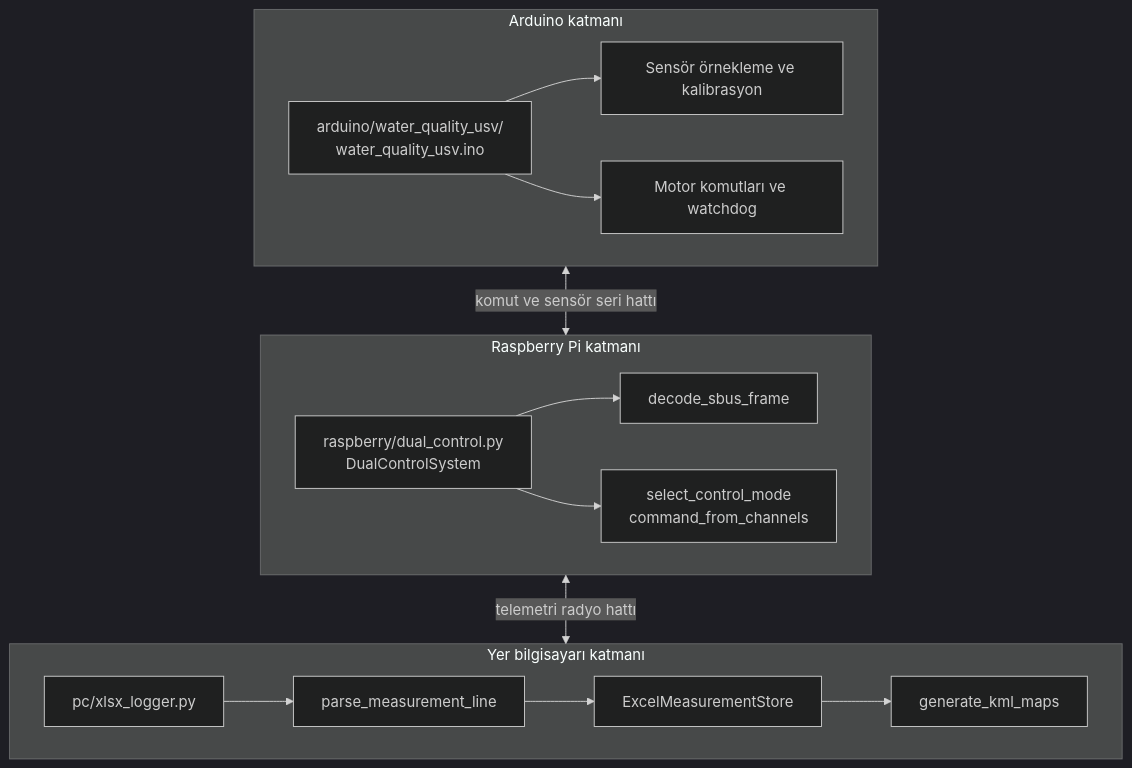
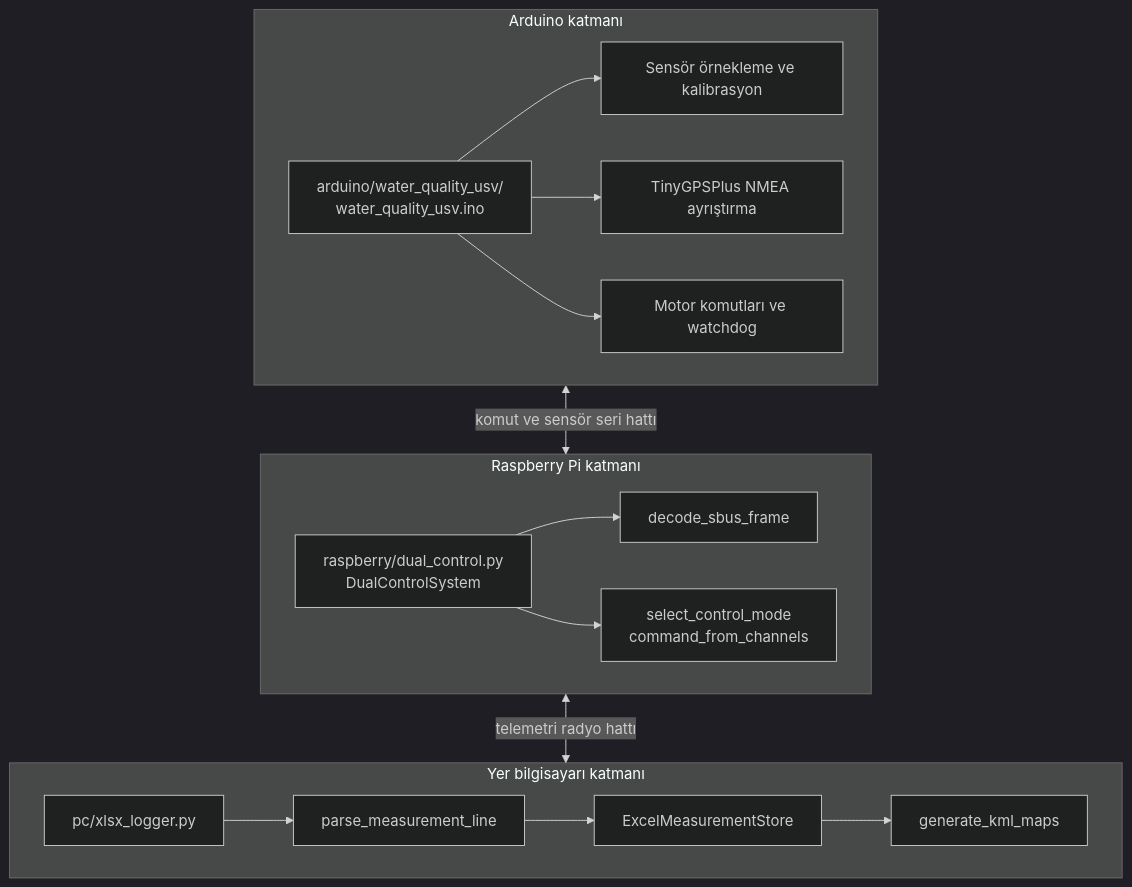
The second of 8 diagrams in docs/ARCHITECTURE_TR.md (emircanylmz/water-quality-usv), drawn with Mermaid (dark theme) before and after one commit. The commit also changed other lines of this file and 13 other files, not shown here.

````diff
--- a/docs/ARCHITECTURE_TR.md
+++ b/docs/ARCHITECTURE_TR.md
@@ -69,29 +72,31 @@
 ```mermaid
 flowchart TB
     subgraph ArduinoLayer["Arduino katmanı"]
         Sketch["arduino/water_quality_usv/<br/>water_quality_usv.ino"]
         SensorRead["Sensör örnekleme ve kalibrasyon"]
+        GPSRead["TinyGPSPlus NMEA ayrıştırma"]
         MotorDrive["Motor komutları ve watchdog"]
         Sketch --> SensorRead
+        Sketch --> GPSRead
         Sketch --> MotorDrive
     end
 
     subgraph PiLayer["Raspberry Pi katmanı"]
         Dual["raspberry/dual_control.py<br/>DualControlSystem"]
         SBus["decode_sbus_frame"]
         Decision["select_control_mode<br/>command_from_channels"]
         Dual --> SBus
         Dual --> Decision
     end
 
     subgraph GroundLayer["Yer bilgisayarı katmanı"]
         Logger["pc/xlsx_logger.py"]
         Protocol["parse_measurement_line"]
         Store["ExcelMeasurementStore"]
         Maps["generate_kml_maps"]
         Logger --> Protocol --> Store --> Maps
     end
 
     ArduinoLayer <-->|"komut ve sensör seri hattı"| PiLayer
     PiLayer <-->|"telemetri radyo hattı"| GroundLayer
 ```
````
